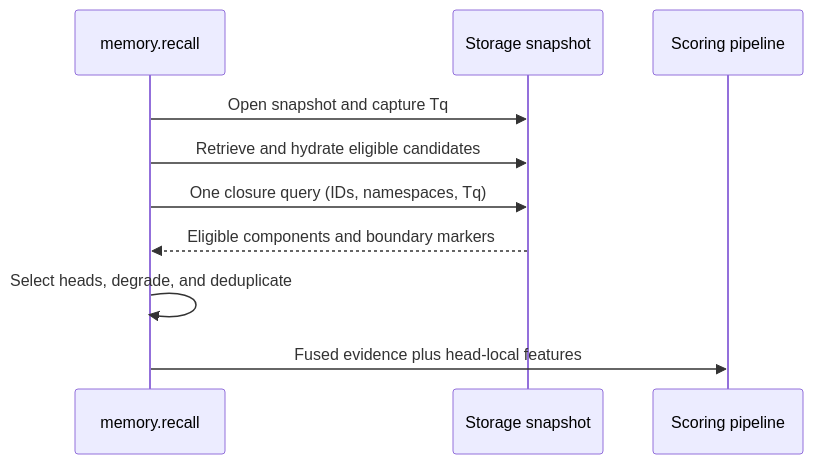
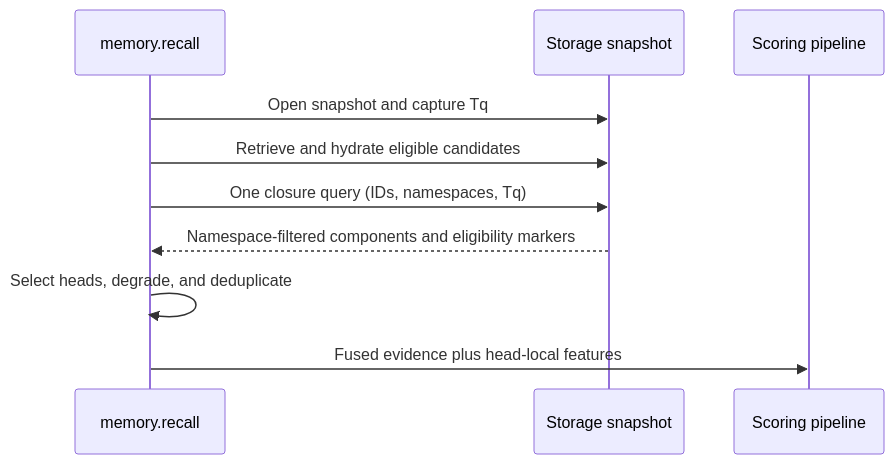
Before and after one commit to ohdearquant/khive: the second of 2 diagrams in docs/adr/ADR-157-supersession-chain-canonicalization.md, drawn with Mermaid. The commit also changed other lines of this file, not shown here.

Commit message:
docs(adr): ownership-bound direct supersession with staged review escape, cross-namespace edges inert to serving (ADR-157)

````diff
--- a/docs/adr/ADR-157-supersession-chain-canonicalization.md
+++ b/docs/adr/ADR-157-supersession-chain-canonicalization.md
@@ -170,12 +203,12 @@
 ```mermaid
 sequenceDiagram
   participant Recall as memory.recall
   participant Store as Storage snapshot
   participant Score as Scoring pipeline
   Recall->>Store: Open snapshot and capture Tq
   Recall->>Store: Retrieve and hydrate eligible candidates
   Recall->>Store: One closure query (IDs, namespaces, Tq)
-  Store-->>Recall: Eligible components and boundary markers
+  Store-->>Recall: Namespace-filtered components and eligibility markers
   Recall->>Recall: Select heads, degrade, and deduplicate
   Recall->>Score: Fused evidence plus head-local features
 ```
````
